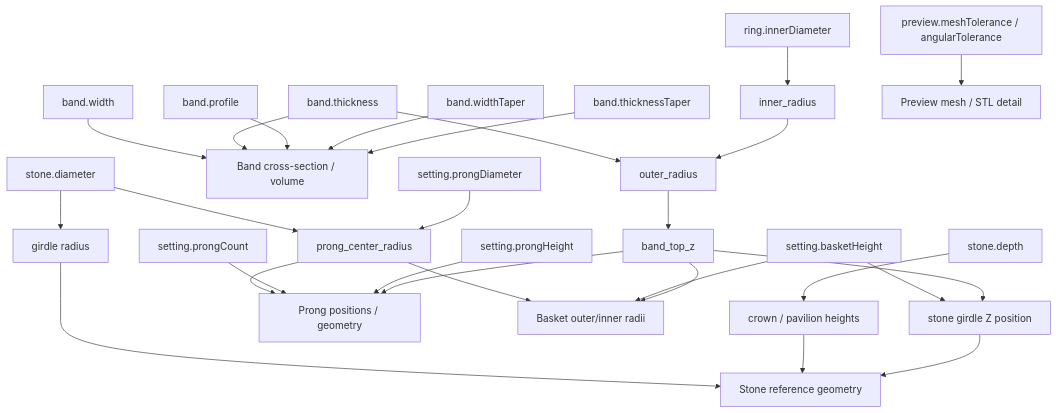
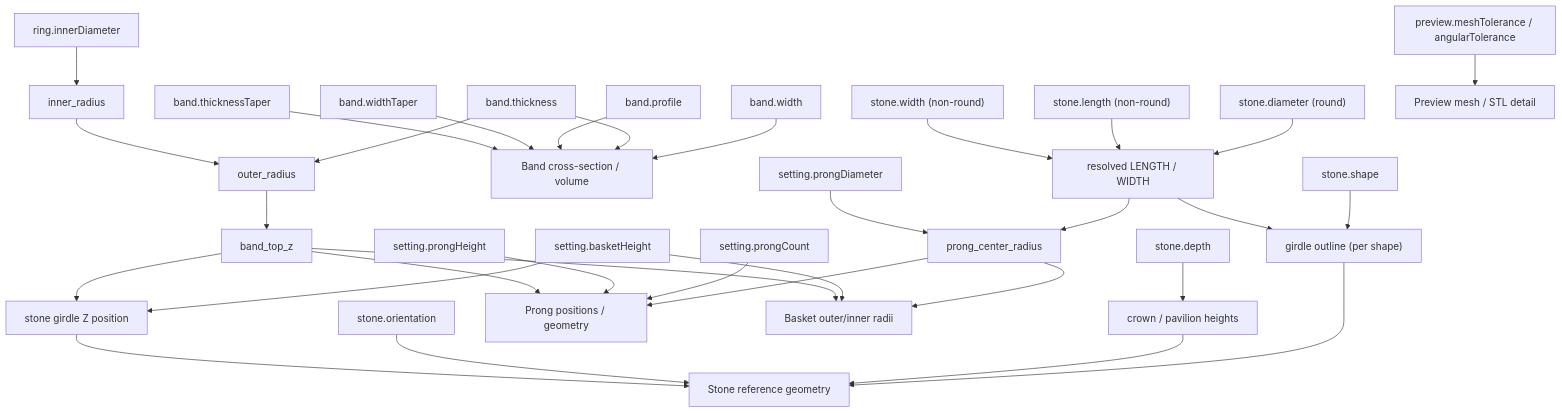
The diagram in docs/bible/04-jewelry-domain/052-parametric-dependency-model.md (Armandog24-afk/JewelMind), drawn with Mermaid before and after one commit. The commit also changed other lines of this file and 117 other files, not shown here.

````diff
--- a/docs/bible/04-jewelry-domain/052-parametric-dependency-model.md
+++ b/docs/bible/04-jewelry-domain/052-parametric-dependency-model.md
@@ -77,33 +81,38 @@
 ```mermaid
 flowchart TD
     innerDiameter["ring.innerDiameter"] --> innerRadius["inner_radius"]
     thickness["band.thickness"] --> outerRadius["outer_radius"]
     innerRadius --> outerRadius
     outerRadius --> bandTopZ["band_top_z"]
     width["band.width"] --> bandGeom["Band cross-section / volume"]
     thickness --> bandGeom
     profile["band.profile"] --> bandGeom
     widthTaper["band.widthTaper"] --> bandGeom
     thicknessTaper["band.thicknessTaper"] --> bandGeom
 
-    stoneDiameter["stone.diameter"] --> girdleRadius["girdle radius"]
+    stoneShape["stone.shape"] --> stoneOutline["girdle outline (per shape)"]
+    stoneDiameter["stone.diameter (round)"] --> resolvedDims["resolved LENGTH / WIDTH"]
+    stoneLength["stone.length (non-round)"] --> resolvedDims
+    stoneWidth["stone.width (non-round)"] --> resolvedDims
+    resolvedDims --> stoneOutline
     stoneDepth["stone.depth"] --> stoneHeights["crown / pavilion heights"]
-    girdleRadius --> stoneGeom["Stone reference geometry"]
+    stoneOutline --> stoneGeom["Stone reference geometry"]
     stoneHeights --> stoneGeom
+    stoneOrientation["stone.orientation"] --> stoneGeom
 
-    stoneDiameter --> centerRadius["prong_center_radius"]
+    resolvedDims --> centerRadius["prong_center_radius"]
     prongDiameter["setting.prongDiameter"] --> centerRadius
     centerRadius --> prongGeom["Prong positions / geometry"]
     prongCount["setting.prongCount"] --> prongGeom
     prongHeight["setting.prongHeight"] --> prongGeom
     bandTopZ --> prongGeom
 
     centerRadius --> basketGeom["Basket outer/inner radii"]
     basketHeight["setting.basketHeight"] --> basketGeom
     bandTopZ --> basketGeom
     basketHeight --> girdleZ["stone girdle Z position"]
     bandTopZ --> girdleZ
     girdleZ --> stoneGeom
 
     meshTolerance["preview.meshTolerance / angularTolerance"] --> meshOutput["Preview mesh / STL detail"]
 ```
````
